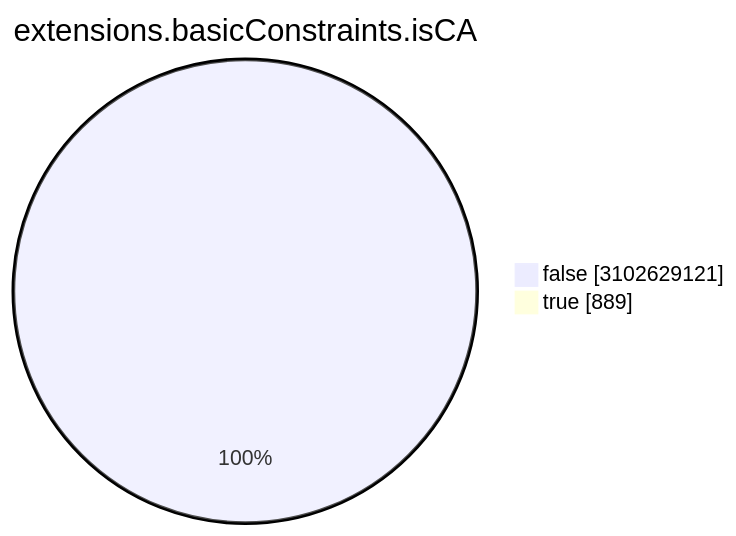
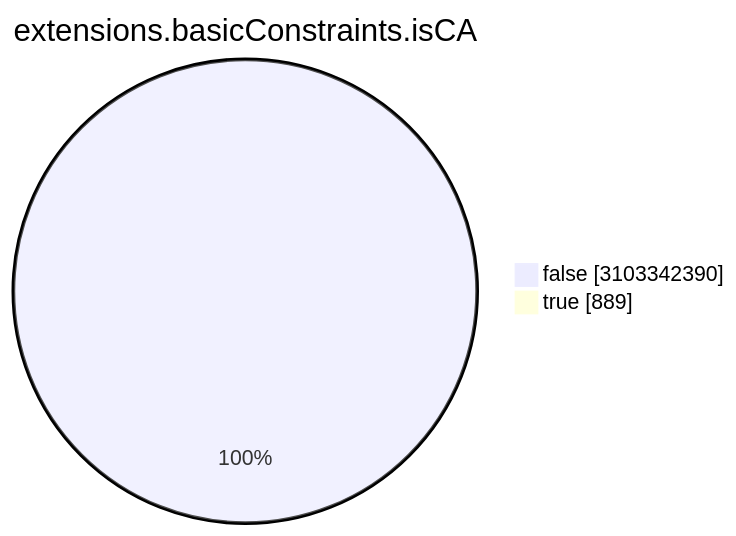
The seventh of 15 diagrams in TOTAL/README.md (christiankrug/ctmonitor_visualization), drawn with Mermaid before and after one commit. The commit also changed other lines of this file, not shown here.

````diff
--- a/TOTAL/README.md
+++ b/TOTAL/README.md
@@ -3088,6 +3088,6 @@
 ```mermaid
 pie showData
 title extensions.basicConstraints.isCA
-"false" :3102629121
+"false" :3103342390
 "true" :889
 ```
````
